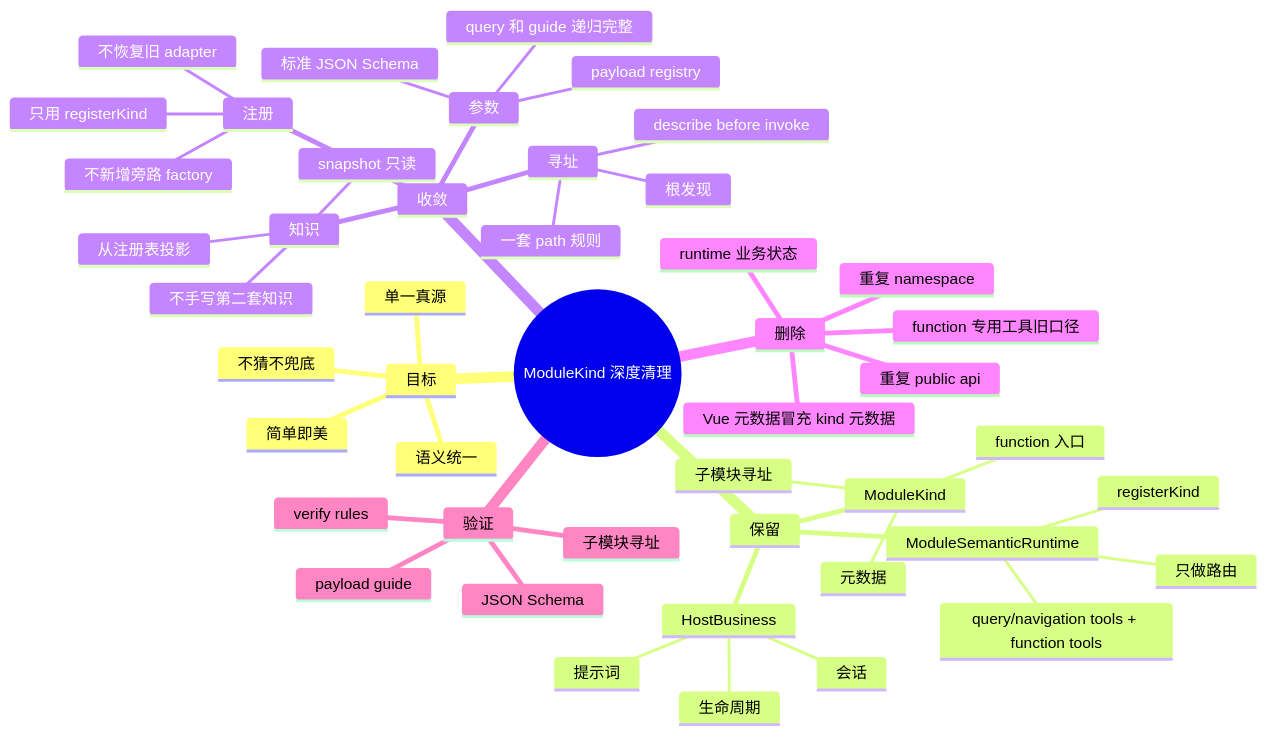
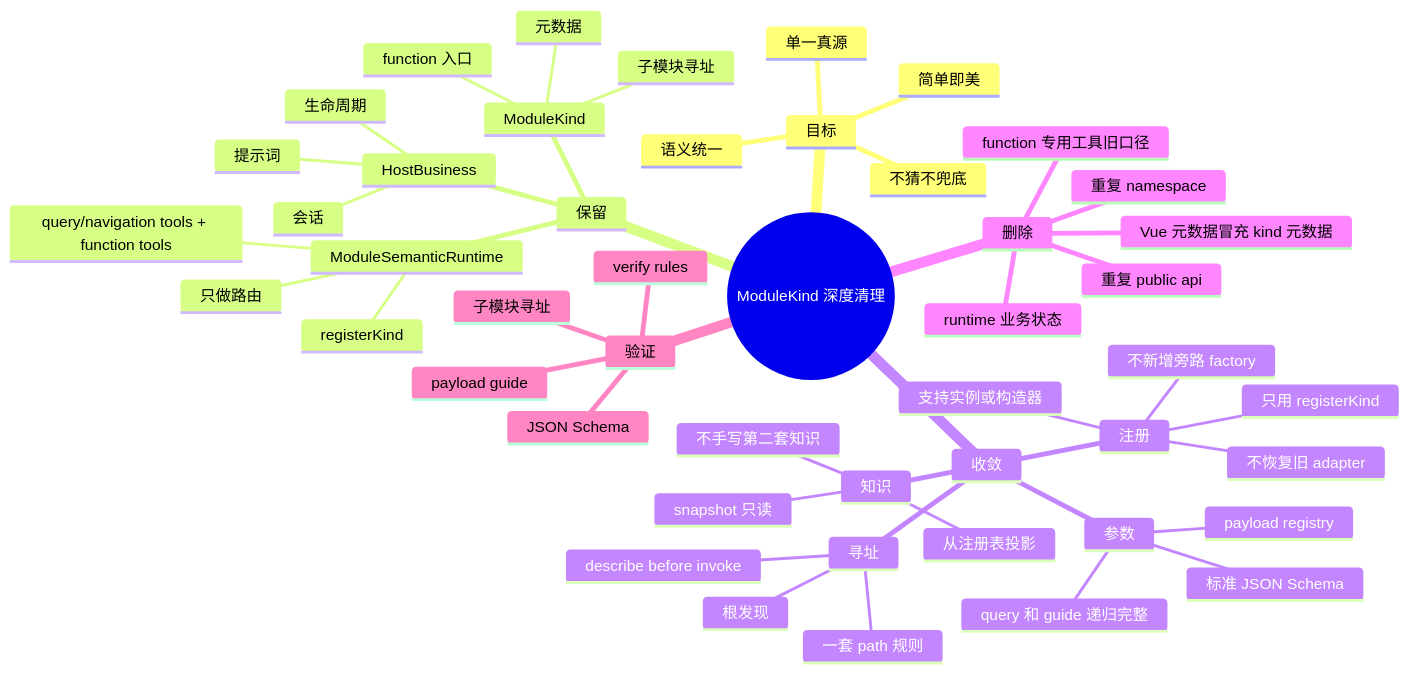
One commit to LMSpark/spark-view-vue changed the second of 2 diagrams in packages/spark-ai/src/module-semantic/MODULE-KIND-REGISTRATION.md. Above: the diagram before and after it, drawn with Mermaid. The commit also changed other lines of this file and 59 other files, not shown here.

````diff
--- a/packages/spark-ai/src/module-semantic/MODULE-KIND-REGISTRATION.md
+++ b/packages/spark-ai/src/module-semantic/MODULE-KIND-REGISTRATION.md
@@ -20,50 +20,51 @@
 ```mermaid
 mindmap
   root((ModuleKind 深度清理))
     目标
       简单即美
       语义统一
       单一真源
       不猜不兜底
     保留
       ModuleKind
         元数据
         function 入口
         子模块寻址
       ModuleSemanticRuntime
         registerKind
         query/navigation tools + function tools
         只做路由
       HostBusiness
         会话
         提示词
         生命周期
     收敛
       注册
         只用 registerKind
+        支持实例或构造器
         不恢复旧 adapter
         不新增旁路 factory
       寻址
         一套 path 规则
         根发现
         describe before invoke
       参数
         标准 JSON Schema
         payload registry
         query 和 guide 递归完整
       知识
         从注册表投影
         snapshot 只读
         不手写第二套知识
     删除
       重复 namespace
       重复 public api
       function 专用工具旧口径
       runtime 业务状态
       Vue 元数据冒充 kind 元数据
     验证
       子模块寻址
       payload guide
       JSON Schema
       verify rules
 ```
````
